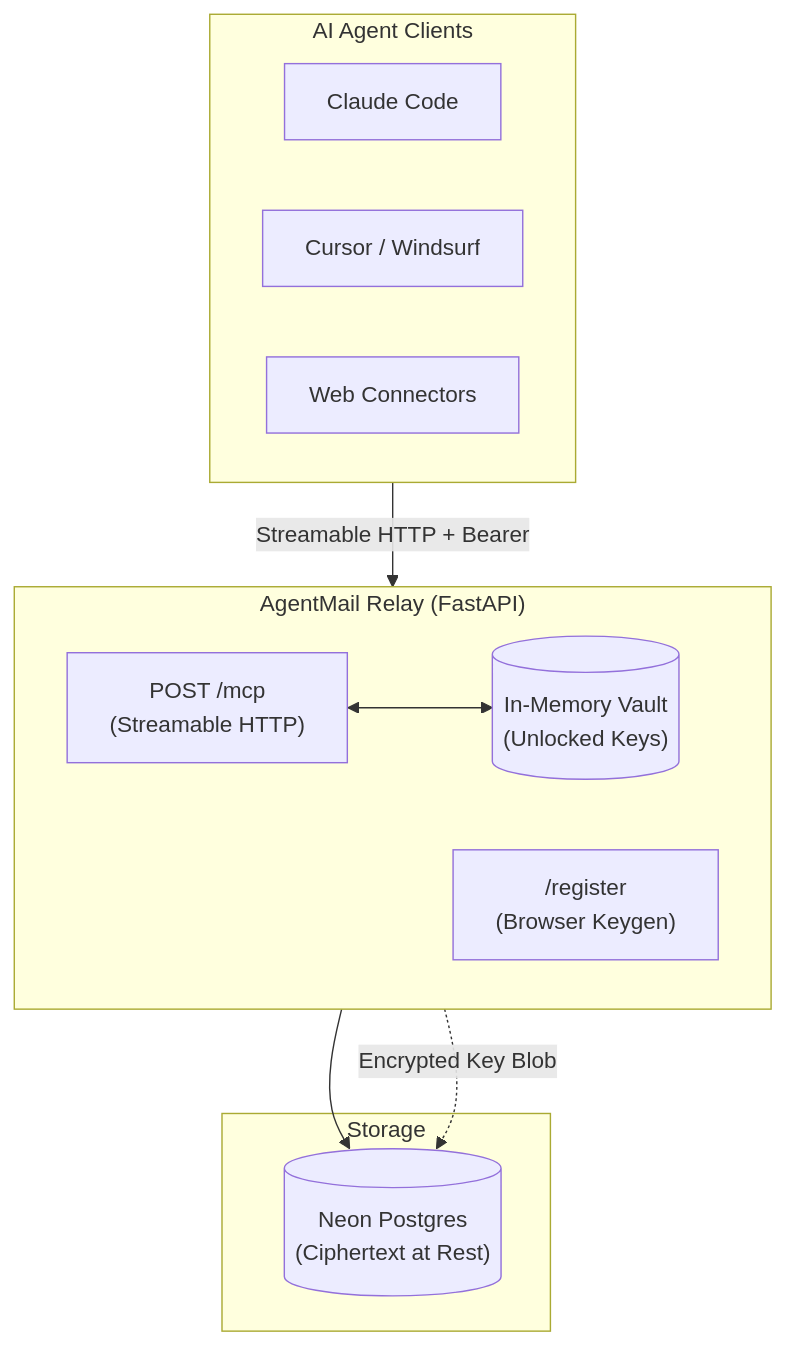
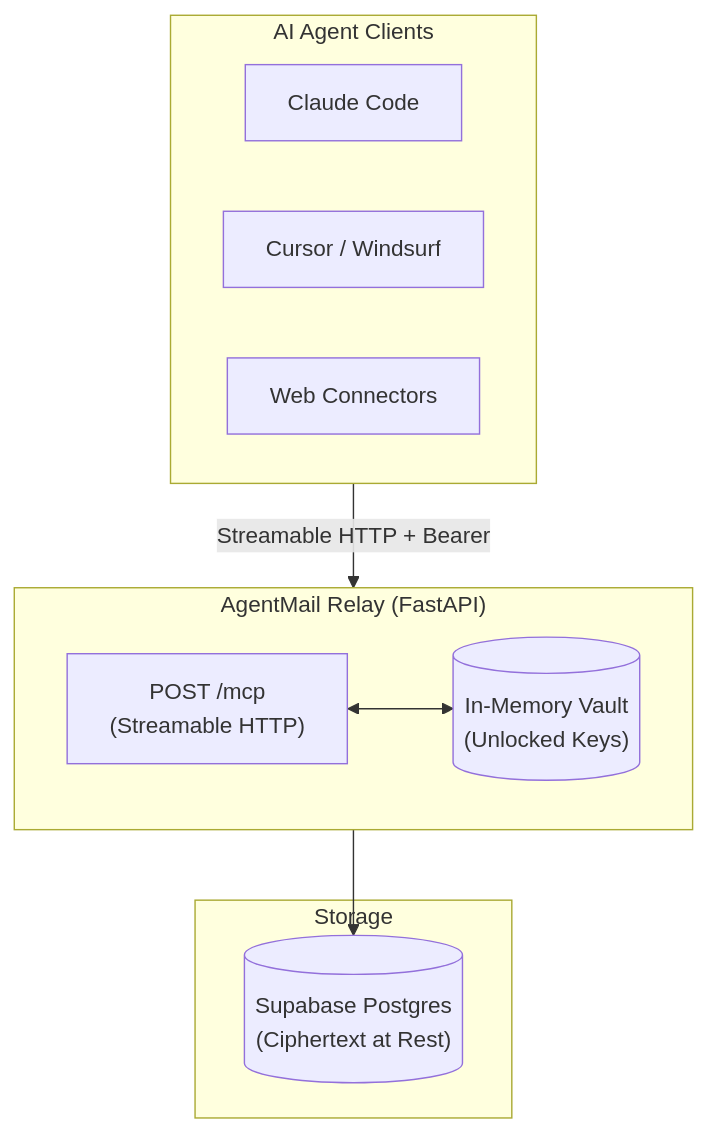
One commit to Aarjav0p/AgentMail changed the diagram in README.md. Above: the diagram before and after it, drawn with Mermaid. The commit also changed other lines of this file and 1 other file, not shown here.

Commit message:
docs: refresh README and add repo AGENTS.md for current architecture

````diff
--- a/README.md
+++ b/README.md
@@ -21,25 +25,23 @@
 ```mermaid
 flowchart TD
     subgraph Clients["AI Agent Clients"]
         direction LR
         A1["Claude Code"]
         A2["Cursor / Windsurf"]
         A3["Web Connectors"]
     end
 
     subgraph Relay["AgentMail Relay (FastAPI)"]
         direction LR
         MCP["POST /mcp<br/>(Streamable HTTP)"]
         Vault[("In-Memory Vault<br/>(Unlocked Keys)")]
-        Reg["/register<br/>(Browser Keygen)"]
     end
 
     subgraph DB["Storage"]
-        Neon[("Neon Postgres<br/>(Ciphertext at Rest)")]
+        SupaDB[("Supabase Postgres<br/>(Ciphertext at Rest)")]
     end
 
     Clients -->|"Streamable HTTP + Bearer"| MCP
     MCP <--> Vault
-    MCP --> Neon
-    Reg -.->|"Encrypted Key Blob"| Neon
+    MCP --> SupaDB
 ```
````
